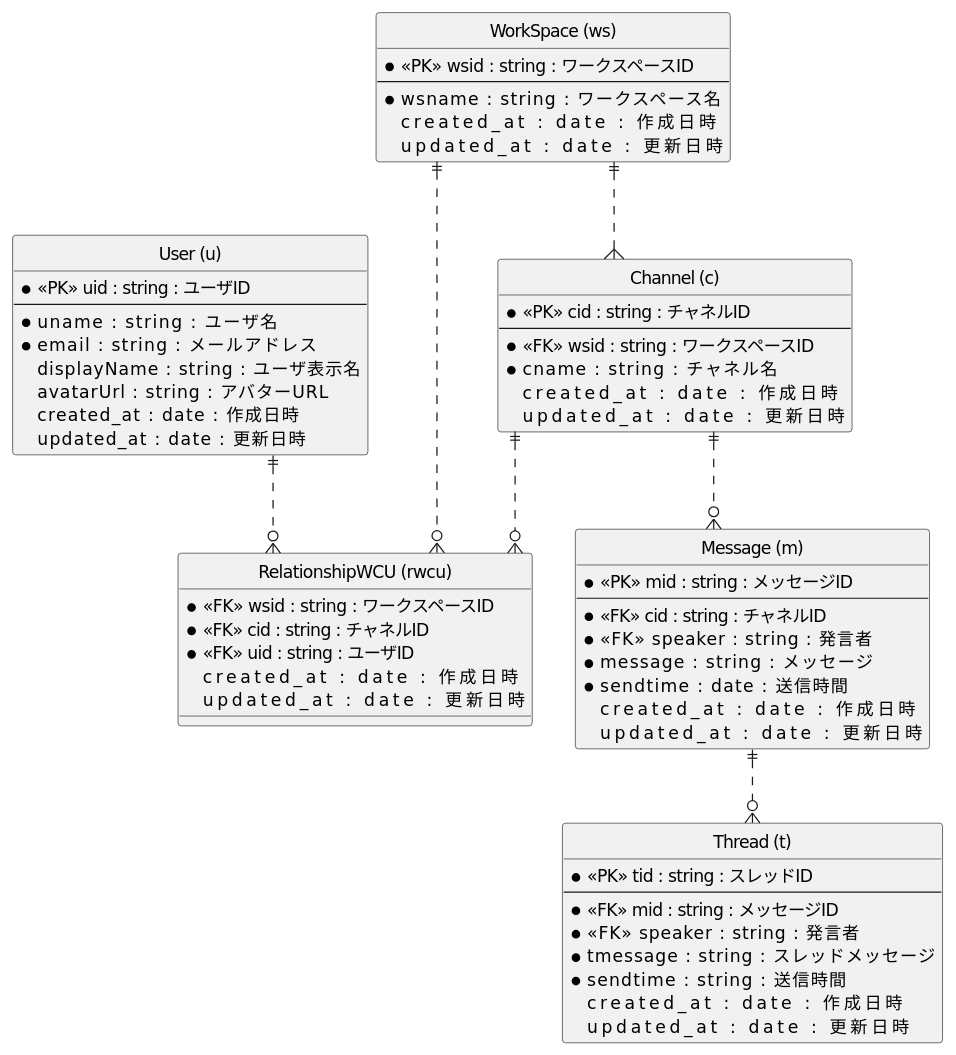
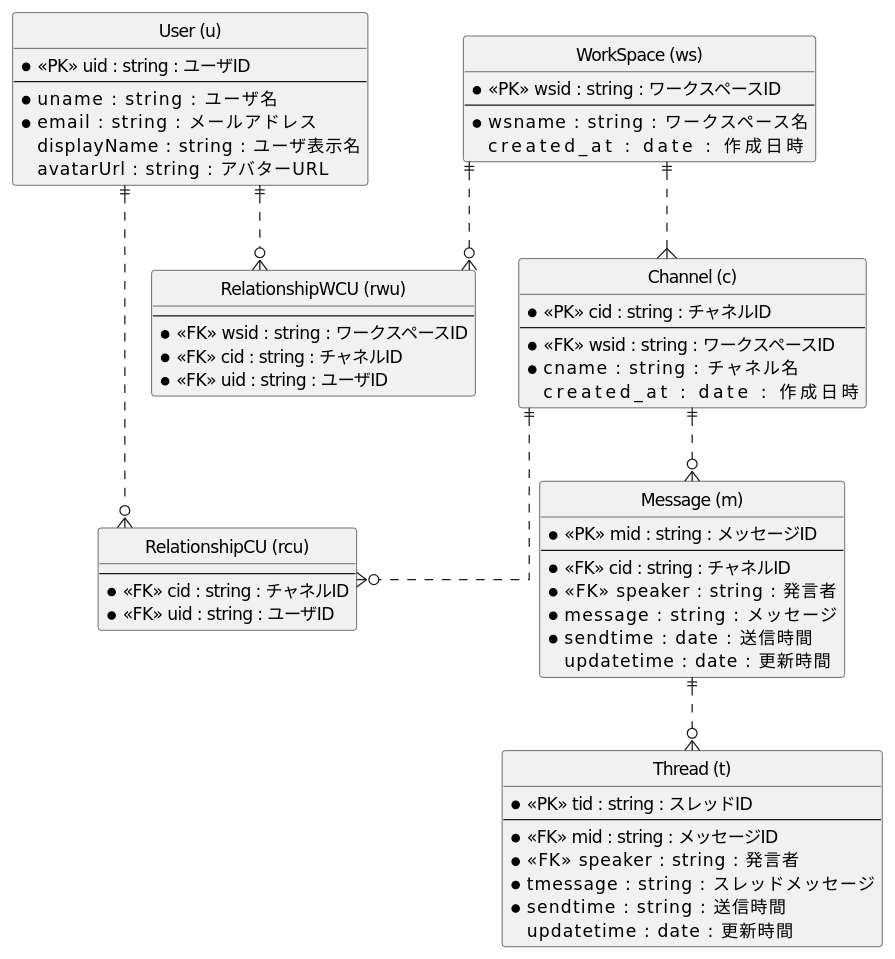
The diagram in 01.データベース設計/DBモデリング2/ER/ERdiagram.pu (SatakeYusuke19920527/PrAhaChallenge), drawn with PlantUML before and after one commit. The commit also changed 20 other files, not shown here.

```diff
--- a/01.データベース設計/DBモデリング2/ER/ERdiagram.pu
+++ b/01.データベース設計/DBモデリング2/ER/ERdiagram.pu
@@ -1,71 +1,71 @@
 @startuml chatapp
  hide circle
  skinparam linetype ortho
 
  entity "User (u)" as u {
      * <<PK>> uid : string : ユーザID
      --
      * uname       : string    : ユーザ名
      * email       : string    : メールアドレス
      displayName       : string    : ユーザ表示名
      avatarUrl       : string    : アバターURL
-     created_at      : date      : 作成日時
-     updated_at      : date      : 更新日時
  }
  
  entity "WorkSpace (ws)" as ws {
      * <<PK>> wsid : string : ワークスペースID
      --
      * wsname       : string    : ワークスペース名
      created_at                  : date      : 作成日時
-     updated_at                  : date      : 更新日時
  }
 
 entity "Channel (c)" as c {
      * <<PK>> cid : string : チャネルID
      --
      * <<FK>> wsid : string : ワークスペースID
      * cname       : string    : チャネル名
      created_at                  : date      : 作成日時
-     updated_at                  : date      : 更新日時
  }
 
 entity "Message (m)" as m {
      * <<PK>> mid : string : メッセージID
      --
      * <<FK>> cid : string : チャネルID
      * <<FK>> speaker       : string    : 発言者
      * message       : string    : メッセージ
      * sendtime       : date    : 送信時間
-     created_at                  : date      : 作成日時
-     updated_at                  : date      : 更新日時
+     updatetime       : date    : 更新時間
  }
 
 entity "Thread (t)" as t {
      * <<PK>> tid : string : スレッドID
      --
      * <<FK>> mid : string : メッセージID
      * <<FK>> speaker       : string    : 発言者
      * tmessage       : string    : スレッドメッセージ
      * sendtime       : string    : 送信時間
-     created_at                  : date      : 作成日時
-     updated_at                  : date      : 更新日時
+     updatetime       : date    : 更新時間
  }
 
-entity "RelationshipWCU (rwcu)" as rwcu {
+entity "RelationshipWCU (rwu)" as rwu {
+    --
      * <<FK>> wsid : string : ワークスペースID
      * <<FK>> cid : string : チャネルID
      * <<FK>> uid : string : ユーザID
-     created_at                  : date      : 作成日時
-     updated_at                  : date      : 更新日時
+ }
+
+ entity "RelationshipCU (rcu)" as rcu {
+    --
+     * <<FK>> cid : string : チャネルID
+     * <<FK>> uid : string : ユーザID
  }
 
  ws ||..{ c
  c ||..o{ m
  m ||..o{ t
- ws ||..o{ rwcu
- c ||..o{ rwcu
- u ||..o{ rwcu
+ ws ||..o{ rwu
+ u ||..o{ rwu
+ c ||..o{ rcu
+ u ||..o{ rcu
  
 
  @enduml
```
